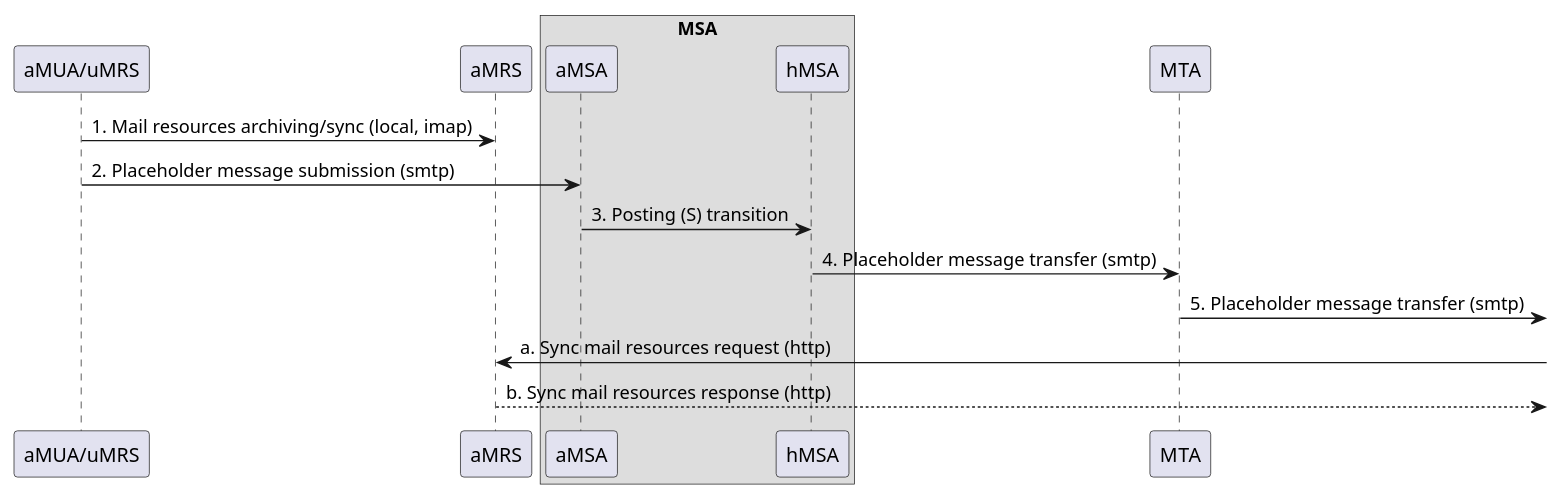
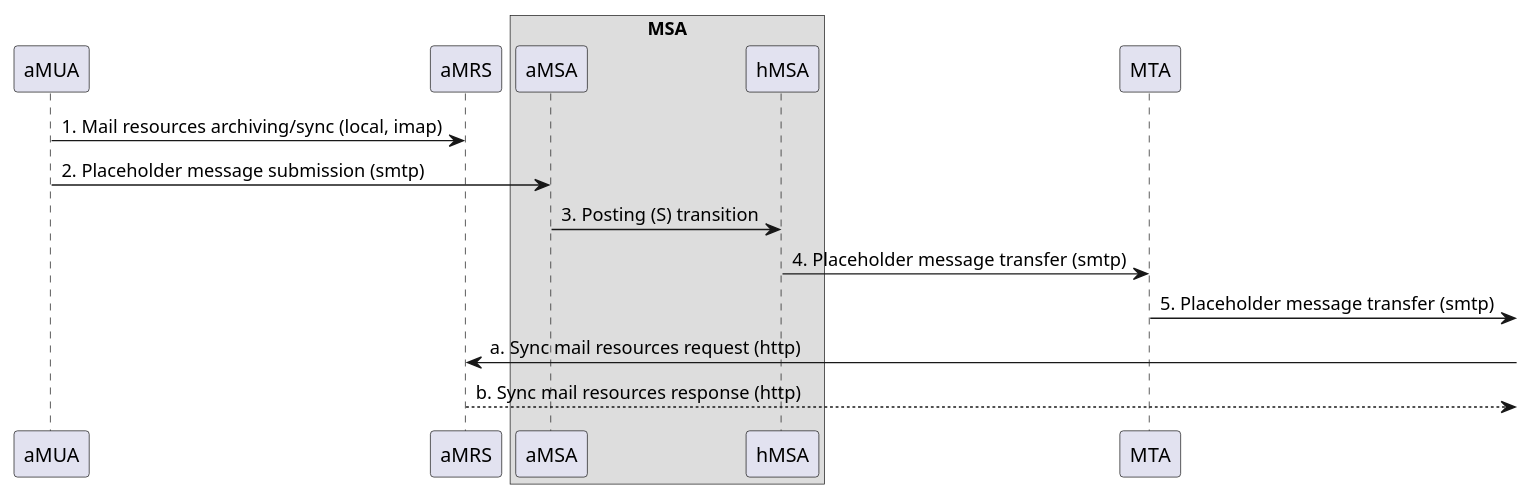
The diagram in docs/resources/authorization-enhanced_rfc5598_I_sd.puml (federizer/federizer), drawn with PlantUML before and after one commit. The commit also changed 5 other files, not shown here.

```diff
--- a/docs/resources/authorization-enhanced_rfc5598_I_sd.puml
+++ b/docs/resources/authorization-enhanced_rfc5598_I_sd.puml
@@ -1,38 +1,38 @@
 @startuml Authorization-Enhanced Internet Mail Architecture, message flow part I.
 
 /'
 Message
 Message User Agent (MUA)
     Author MUA (aMUA)
     Recipient MUA (rMUA)
 Message Submission Agent (MSA)
     Author-focused MSA functions (aMSA)
     MHS-focused MSA functions (hMSA)
 Message Transfer Agent (MTA)
 Message Delivery Agent (MDA)
     Recipient-focused MDA functions (rMDA)
     MHS-focused MDA functions (hMDA)
 Mail Resource Store (MRS)
     Author MRS (aMRS)
     Recipient MRS (rMRS)    
     User Agent MRS (uMRS)
 '/
 
 'ADMD I.
-participant "aMUA/uMRS" as aMUA /'MUA, uMRS'/
+participant "aMUA" as aMUA /'MUA, uMRS optional'/
 participant "aMRS" as aMRS /'Author MRS'/
 box "MSA"
 participant "aMSA" as aMSA /'Author-focused MSA'/
 participant "hMSA" as hMSA /'MHS-focused MSA'/
 end box
 participant "MTA" as MTA /'MTA'/
 
 aMUA -> aMRS : 1. Mail resources archiving/sync (local, imap)
 aMUA -> aMSA : 2. Placeholder message submission (smtp)
 aMSA -> hMSA : 3. Posting (S) transition
 hMSA -> MTA : 4. Placeholder message transfer (smtp)
 MTA ->] : 5. Placeholder message transfer (smtp)
 aMRS <-] : a. Sync mail resources request (http)
 aMRS -->] : b. Sync mail resources response (http)
 
 @enduml
```
